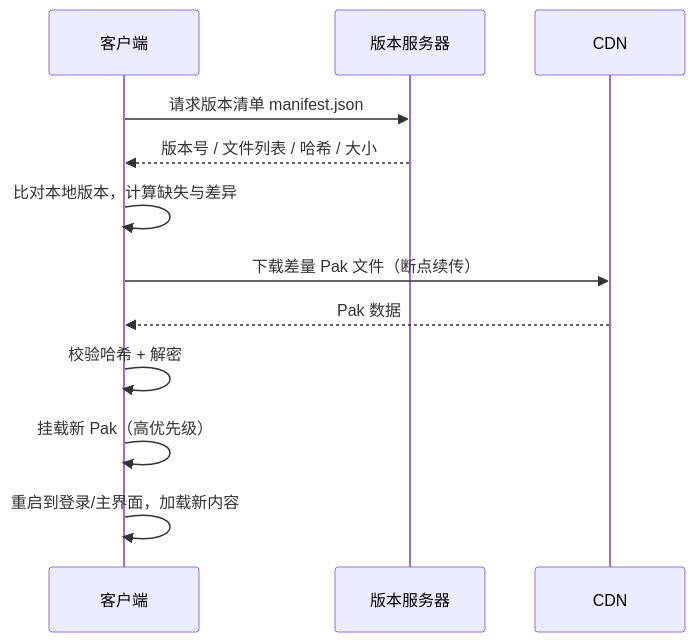
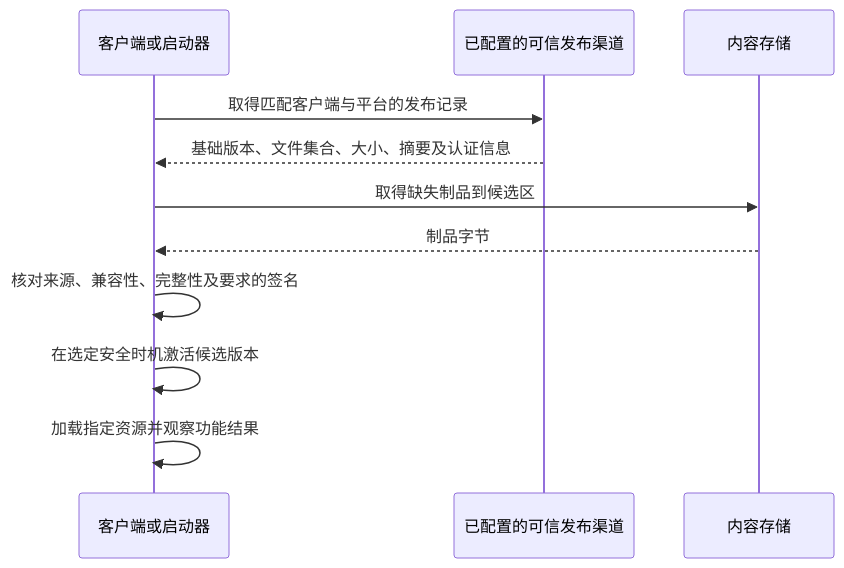
Before and after one commit to fantuan812/learning: the first of 2 diagrams in 知识/08-工程实践与质量/持续交付与发布治理/04-资源管理与热更新.md, drawn with Mermaid. The commit also changed other lines of this file and 2 other files, not shown here.

````diff
--- a/知识/08-工程实践与质量/持续交付与发布治理/04-资源管理与热更新.md
+++ b/知识/08-工程实践与质量/持续交付与发布治理/04-资源管理与热更新.md
@@ -167,14 +176,13 @@
 ```mermaid
 sequenceDiagram
-    participant C as 客户端
-    participant S as 版本服务器
-    participant CDN as CDN
-    C->>S: 请求版本清单 manifest.json
-    S-->>C: 版本号 / 文件列表 / 哈希 / 大小
-    C->>C: 比对本地版本，计算缺失与差异
-    C->>CDN: 下载差量 Pak 文件（断点续传）
-    CDN-->>C: Pak 数据
-    C->>C: 校验哈希 + 解密
-    C->>C: 挂载新 Pak（高优先级）
-    C->>C: 重启到登录/主界面，加载新内容
+    participant C as 客户端或启动器
+    participant S as 已配置的可信发布渠道
+    participant CDN as 内容存储
+    C->>S: 取得匹配客户端与平台的发布记录
+    S-->>C: 基础版本、文件集合、大小、摘要及认证信息
+    C->>CDN: 取得缺失制品到候选区
+    CDN-->>C: 制品字节
+    C->>C: 核对来源、兼容性、完整性及要求的签名
+    C->>C: 在选定安全时机激活候选版本
+    C->>C: 加载指定资源并观察功能结果
 ```
````
